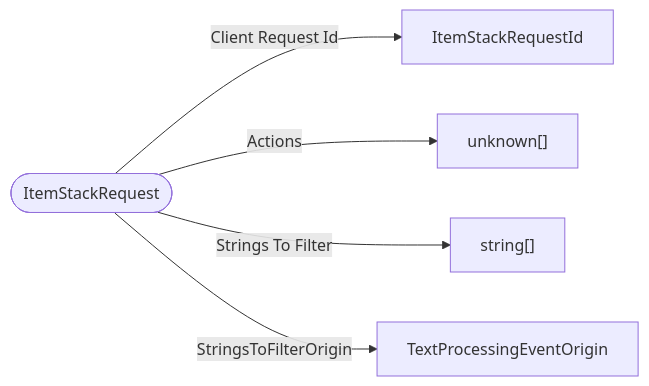
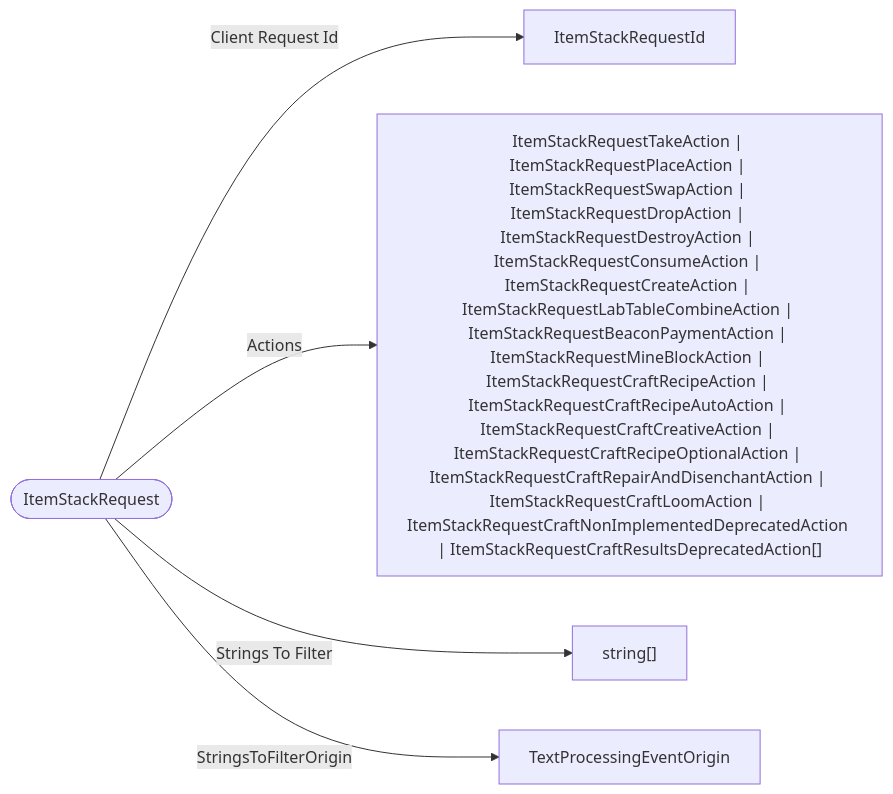
The diagram in schemas/types/ItemStackRequest.md (bedrock-v/protocol-docs), drawn with Mermaid before and after one commit. The commit also changed 114 other files, not shown here.

````diff
--- a/schemas/types/ItemStackRequest.md
+++ b/schemas/types/ItemStackRequest.md
@@ -5,8 +5,8 @@
 ```mermaid
 flowchart LR
   ROOT(["ItemStackRequest"])
   ROOT -->|"Client Request Id"| ItemStackRequestId["ItemStackRequestId"]
-  ROOT -->|"Actions"| unknown["unknown[]"]
+  ROOT -->|"Actions"| ItemStackRequestTakeAction___ItemStackRequestPlaceAction___ItemStackRequestSwapAction___ItemStackRequestDropAction___ItemStackRequestDestroyAction___ItemStackRequestConsumeAction___ItemStackRequestCreateAction___ItemStackRequestLabTableCombineAction___ItemStackRequestBeaconPaymentAction___ItemStackRequestMineBlockAction___ItemStackRequestCraftRecipeAction___ItemStackRequestCraftRecipeAutoAction___ItemStackRequestCraftCreativeAction___ItemStackRequestCraftRecipeOptionalAction___ItemStackRequestCraftRepairAndDisenchantAction___ItemStackRequestCraftLoomAction___ItemStackRequestCraftNonImplementedDeprecatedAction___ItemStackRequestCraftResultsDeprecatedAction["ItemStackRequestTakeAction | ItemStackRequestPlaceAction | ItemStackRequestSwapAction | ItemStackRequestDropAction | ItemStackRequestDestroyAction | ItemStackRequestConsumeAction | ItemStackRequestCreateAction | ItemStackRequestLabTableCombineAction | ItemStackRequestBeaconPaymentAction | ItemStackRequestMineBlockAction | ItemStackRequestCraftRecipeAction | ItemStackRequestCraftRecipeAutoAction | ItemStackRequestCraftCreativeAction | ItemStackRequestCraftRecipeOptionalAction | ItemStackRequestCraftRepairAndDisenchantAction | ItemStackRequestCraftLoomAction | ItemStackRequestCraftNonImplementedDeprecatedAction | ItemStackRequestCraftResultsDeprecatedAction[]"]
   ROOT -->|"Strings To Filter"| string["string[]"]
   ROOT -->|"StringsToFilterOrigin"| TextProcessingEventOrigin["TextProcessingEventOrigin"]
 ```
````
